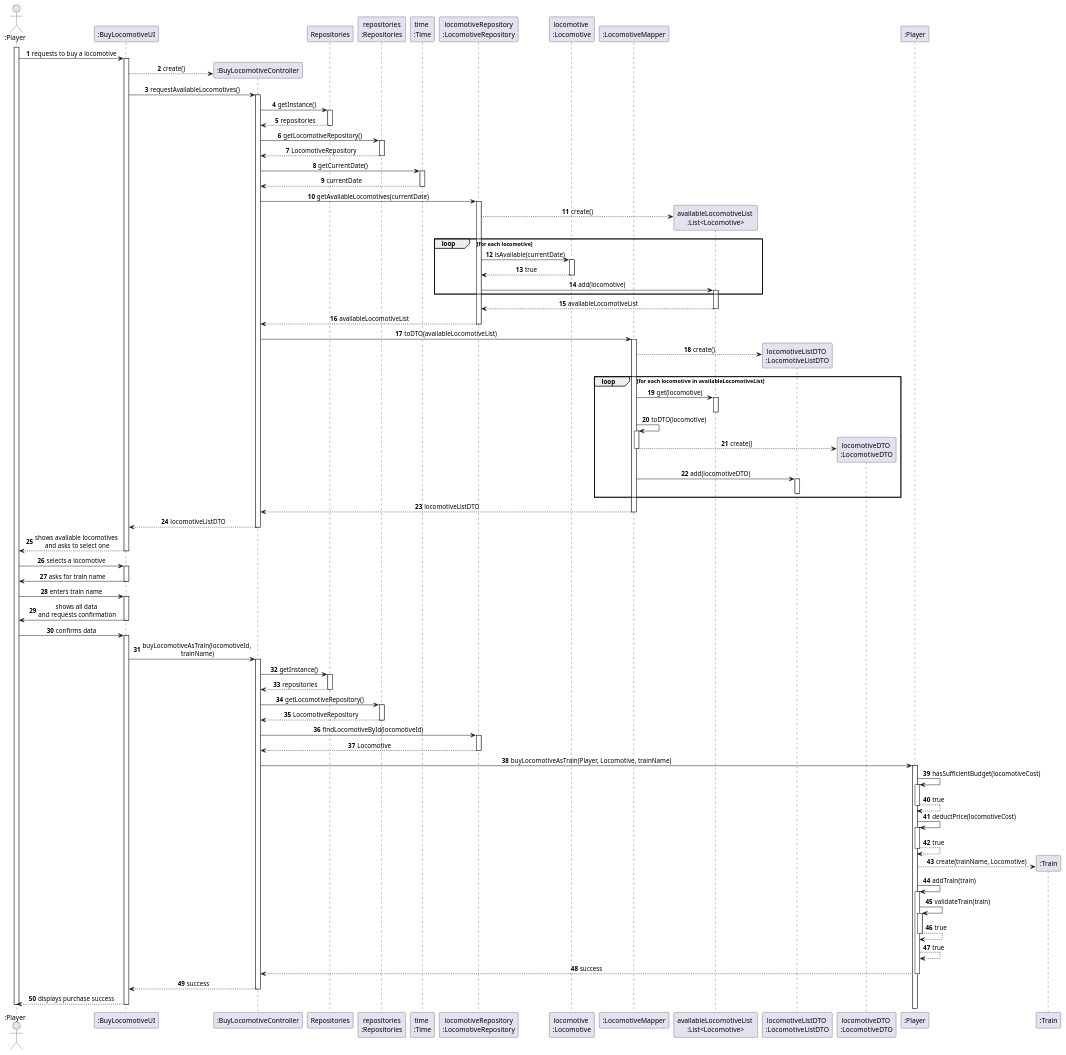
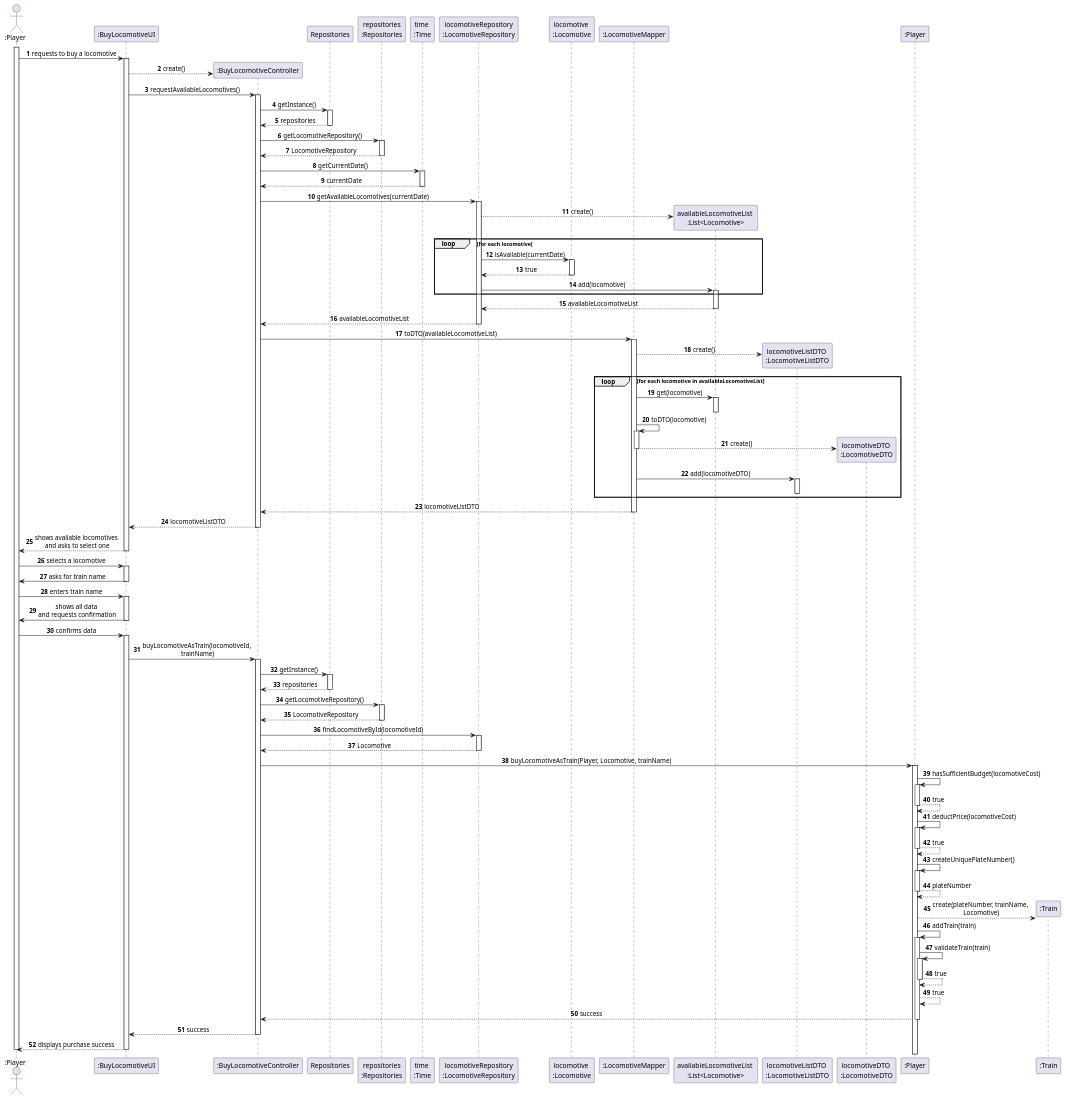
Before and after one commit to 1240826/empire-on-tracks: the diagram in docs/system-documentation/US009/03.design/puml/US009-SD-full.puml, drawn with PlantUML. The commit also changed 6 other files, not shown here.

Commit message:
Use Case Diagram updated

```diff
--- a/docs/system-documentation/US009/03.design/puml/US009-SD-full.puml
+++ b/docs/system-documentation/US009/03.design/puml/US009-SD-full.puml
@@ -1,157 +1,162 @@
 @startuml
 'skinparam monochrome true
 skinparam packageStyle rectangle
 skinparam shadowing false
 skinparam sequenceMessageAlign center
 
 autonumber
 
 actor ":Player" as PlayerActor
 participant ":BuyLocomotiveUI" as UI
 participant ":BuyLocomotiveController" as Controller
 participant "Repositories" as REPOS
 participant "repositories\n:Repositories" as REPOS_SINGLETON
 participant "time \n:Time" as Time
 participant "locomotiveRepository\n:LocomotiveRepository" as LOCO_REPO
 participant "locomotive \n:Locomotive" as Locomotive
 participant ":LocomotiveMapper" as LocoMapper
 participant "availableLocomotiveList \n:List<Locomotive>" as LocoList
 participant "locomotiveListDTO \n:LocomotiveListDTO" as LocoListDTO
 participant "locomotiveDTO \n:LocomotiveDTO" as LocoDTO
 participant ":Player" as PlayerDomain
 
 activate PlayerActor
     PlayerActor -> UI : requests to buy a locomotive
     activate UI
 
         UI --> Controller** : create()
 
         UI -> Controller : requestAvailableLocomotives()
         activate Controller
 
             Controller -> REPOS : getInstance()
             activate REPOS
                 REPOS --> Controller : repositories
             deactivate REPOS
 
             Controller -> REPOS_SINGLETON : getLocomotiveRepository()
             activate REPOS_SINGLETON
                 REPOS_SINGLETON --> Controller : LocomotiveRepository
             deactivate REPOS_SINGLETON
 
             Controller -> Time : getCurrentDate()
             activate Time
             Time --> Controller : currentDate
             deactivate Time
 
             Controller -> LOCO_REPO : getAvailableLocomotives(currentDate)
             activate LOCO_REPO
                 LOCO_REPO --> LocoList ** : create()
                  loop for each locomotive
                         LOCO_REPO -> Locomotive : isAvailable(currentDate)
                         activate Locomotive
                             Locomotive --> LOCO_REPO : true
                         deactivate Locomotive
 
                             LOCO_REPO -> LocoList : add(locomotive)
                             activate LocoList
                         end
 
                     LocoList --> LOCO_REPO : availableLocomotiveList
                     deactivate LocoList
                 LOCO_REPO --> Controller : availableLocomotiveList
             deactivate LOCO_REPO
 
             Controller -> LocoMapper : toDTO(availableLocomotiveList)
             activate LocoMapper
             LocoMapper --> LocoListDTO** : create()
                 loop for each locomotive in availableLocomotiveList
                     LocoMapper -> LocoList : get(locomotive)
                     activate LocoList
                     deactivate LocoList
 
                     LocoMapper -> LocoMapper : toDTO(locomotive)
                                         activate LocoMapper
                                         LocoMapper --> LocoDTO** : create()
                                         deactivate LocoMapper
                     LocoMapper -> LocoListDTO : add(locomotiveDTO)
                     activate LocoListDTO
                     deactivate LocoListDTO
                 end
                 LocoMapper --> Controller : locomotiveListDTO
             deactivate LocoMapper
 
             Controller --> UI : locomotiveListDTO
         deactivate Controller
 
         UI --> PlayerActor : shows available locomotives \nand asks to select one
     deactivate UI
 
 PlayerActor -> UI : selects a locomotive
 activate UI
     UI -> PlayerActor : asks for train name
 deactivate UI
 
 PlayerActor -> UI : enters train name
 activate UI
     UI -> PlayerActor : shows all data \nand requests confirmation
 deactivate UI
 
 PlayerActor -> UI : confirms data
 activate UI
     UI -> Controller : buyLocomotiveAsTrain(locomotiveId,\n trainName)
     activate Controller
 
         Controller -> REPOS : getInstance()
         activate REPOS
             REPOS --> Controller : repositories
         deactivate REPOS
 
         Controller -> REPOS_SINGLETON : getLocomotiveRepository()
         activate REPOS_SINGLETON
             REPOS_SINGLETON --> Controller : LocomotiveRepository
         deactivate REPOS_SINGLETON
 
         Controller -> LOCO_REPO : findLocomotiveById(locomotiveId)
         activate LOCO_REPO
             LOCO_REPO --> Controller : Locomotive
         deactivate LOCO_REPO
 
         Controller -> PlayerDomain : buyLocomotiveAsTrain(Player, Locomotive, trainName)
             activate PlayerDomain
 
             PlayerDomain -> PlayerDomain : hasSufficientBudget(locomotiveCost)
             activate PlayerDomain
             PlayerDomain --> PlayerDomain : true
             deactivate PlayerDomain
 
             PlayerDomain -> PlayerDomain : deductPrice(locomotiveCost)
                         activate PlayerDomain
                         PlayerDomain --> PlayerDomain : true
                         deactivate PlayerDomain
 
+             PlayerDomain -> PlayerDomain : createUniquePlateNumber()
+                        activate PlayerDomain
+                        PlayerDomain --> PlayerDomain : plateNumber
+                        deactivate PlayerDomain
+
                 create ":Train" as Train
-                PlayerDomain --> Train : create(trainName, Locomotive)
+            PlayerDomain --> Train : create(plateNumber, trainName, \nLocomotive)
 
 
                 PlayerDomain -> PlayerDomain : addTrain(train)
                 activate PlayerDomain
                 PlayerDomain -> PlayerDomain : validateTrain(train)
                                 activate PlayerDomain
                 PlayerDomain --> PlayerDomain : true
                 deactivate PlayerDomain
                 PlayerDomain --> PlayerDomain : true
                 PlayerDomain --> Controller : success
                                 deactivate PlayerDomain
 
 
 
 
     Controller --> UI : success
     deactivate Controller
 
     UI --> PlayerActor : displays purchase success
 deactivate UI
 deactivate PlayerActor
 
 @enduml
```
